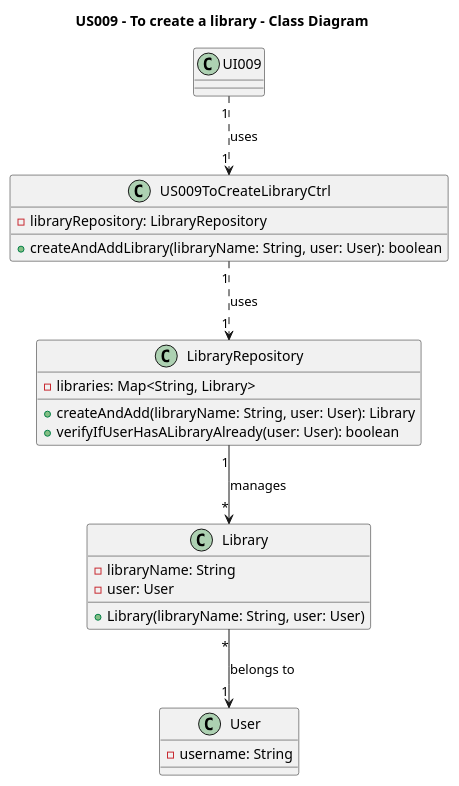
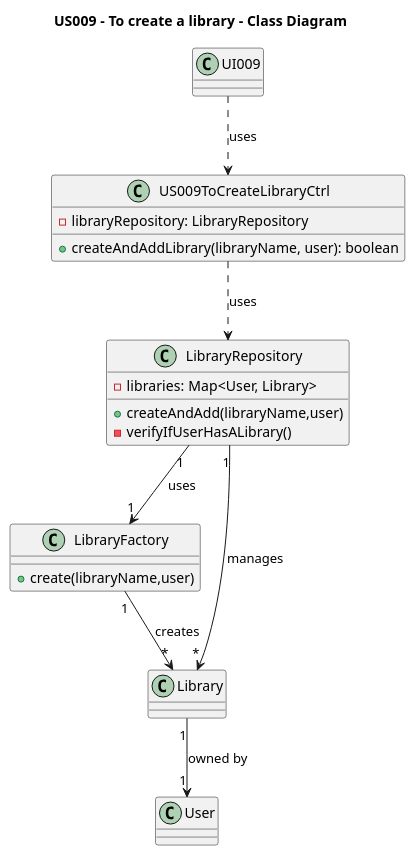
One commit to AndrePereiraGitH/SWitCH-Project-Team_A changed the diagram in Diagrams/ClassDiagrams/US009-to-create-a-library.puml. Above: the diagram before and after it, drawn with PlantUML. The commit also changed 1 other file, not shown here.

Commit message:
Working on #185, updated CD & SD to integrate LibraryFactory in the design

```diff
--- a/Diagrams/ClassDiagrams/US009-to-create-a-library.puml
+++ b/Diagrams/ClassDiagrams/US009-to-create-a-library.puml
@@ -1,33 +1,45 @@
 @startuml
 title US009 - To create a library - Class Diagram
+
 
 class UI009 {
 }
 
+
 class US009ToCreateLibraryCtrl {
     - libraryRepository: LibraryRepository
-    + createAndAddLibrary(libraryName: String, user: User): boolean
+    + createAndAddLibrary(libraryName, user): boolean
 }
 
+
+
 class LibraryRepository {
-    - libraries: Map<String, Library>
-    + createAndAdd(libraryName: String, user: User): Library
-    + verifyIfUserHasALibraryAlready(user: User): boolean
+    - libraries: Map<User, Library>
+    + createAndAdd(libraryName,user)
+    - verifyIfUserHasALibrary()
 }
 
+
+class LibraryFactory {
+    + create(libraryName,user)
+}
+
+
+
 class Library {
-    - libraryName: String
-    - user: User
-    + Library(libraryName: String, user: User)
+
 }
 
 class User {
-    - username: String
 }
 
-UI009 "1" ..> "1" US009ToCreateLibraryCtrl : uses
-US009ToCreateLibraryCtrl "1" ..> "1" LibraryRepository : uses
-LibraryRepository "1" --> "*" Library : manages
-Library "*" --> "1" User : belongs to
+
+' Relationships
+UI009 ..> US009ToCreateLibraryCtrl: uses
+US009ToCreateLibraryCtrl ..> LibraryRepository: uses
+LibraryRepository "1" --> "1" LibraryFactory: uses
+LibraryRepository "1" --> "*" Library: manages
+Library "1" --> "1" User: owned by
+LibraryFactory "1" --> "*" Library: creates
 
 @enduml
```
